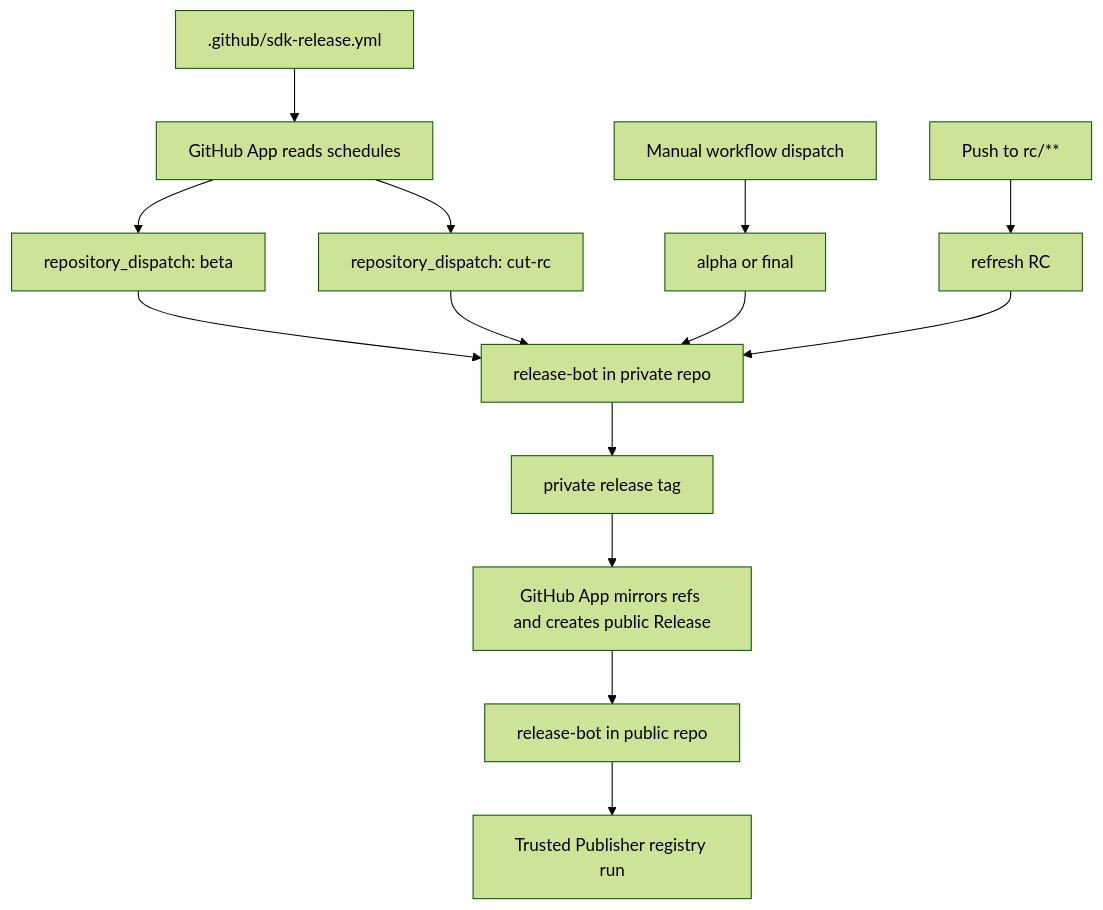
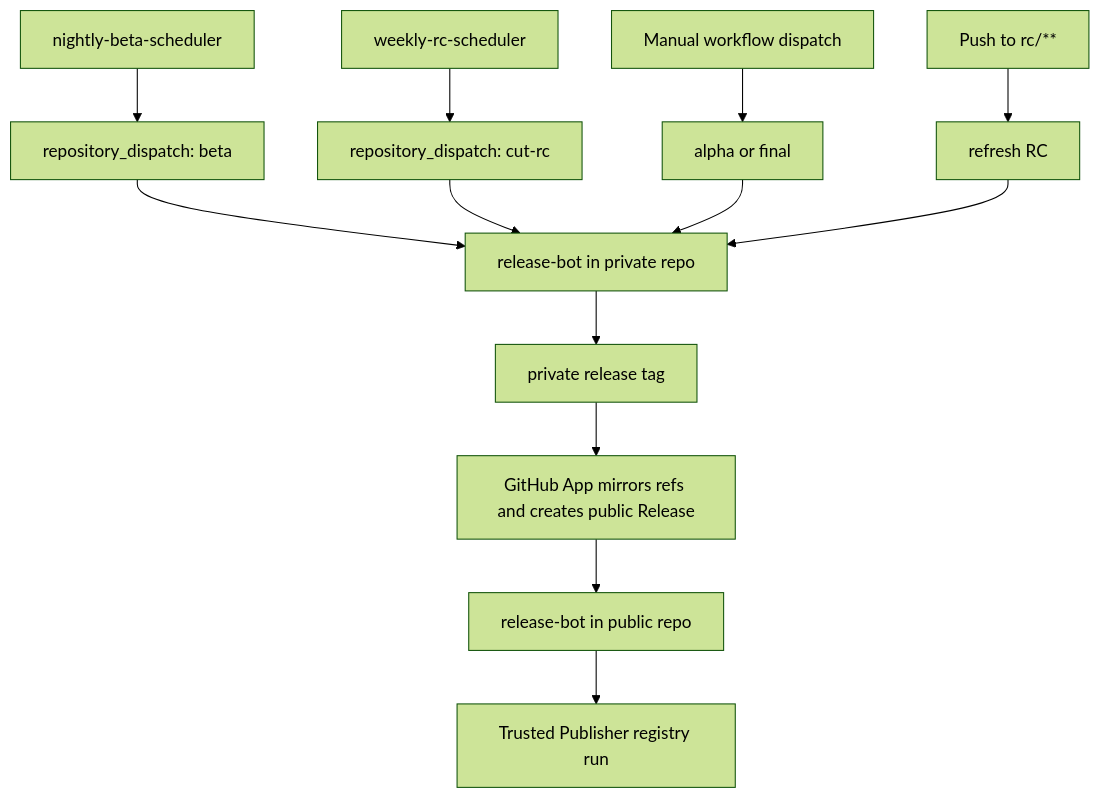
The diagram in README.md (loomb-oai/test-public-repo), drawn with Mermaid (forest theme) before and after one commit. The commit also changed other lines of this file and 2 other files, not shown here.

Commit message:
feat: add scheduled dispatch workflows

````diff
--- a/README.md
+++ b/README.md
@@ -52,16 +57,15 @@
 ```mermaid
 flowchart TD
-  A[".github/sdk-release.yml"] --> B["GitHub App reads schedules"]
-  B --> C["repository_dispatch: beta"]
-  B --> D["repository_dispatch: cut-rc"]
+  A["nightly-beta-scheduler"] --> C["repository_dispatch: beta"]
+  B["weekly-rc-scheduler"] --> D["repository_dispatch: cut-rc"]
   E["Manual workflow dispatch"] --> F["alpha or final"]
   G["Push to rc/**"] --> H["refresh RC"]
   C --> I["release-bot in private repo"]
   D --> I
   F --> I
   H --> I
   I --> J["private release tag"]
   J --> K["GitHub App mirrors refs and creates public Release"]
   K --> L["release-bot in public repo"]
   L --> M["Trusted Publisher registry run"]
 ```
````
